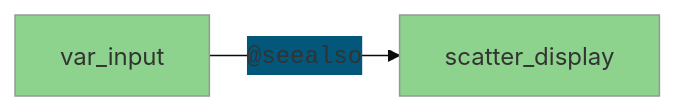
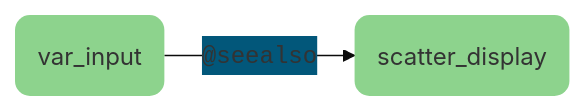
One commit to mjfrigaard/shiny-app-pkgs changed the third of 5 diagrams in document.qmd. Above: the diagram before and after it, drawn with Mermaid. The commit also changed other lines of this file and 196 other files, not shown here.

````diff
--- a/document.qmd
+++ b/document.qmd
@@ -600,8 +600,11 @@
 ```{mermaid}
 %%| fig-width: 6.5
 %%| fig-align: center
 %%| fig-cap: '`seealso` connecting documentation'
-%%{init: {'theme': 'base', 'themeVariables': { 'fontFamily': 'Inconsolata', 'primaryColor': '#8dd38d', 'edgeLabelBackground':'#02577A'}}}%%
+%%{init: {'theme': 'base', 'themeVariables': { 'fontFamily': 'Inconsolata', 'primaryColor': '#33a02c', 'edgeLabelBackground':'#02577A'}}}%%
 flowchart LR
-    var_input["var_input"] -->|"<code>@seealso</code>"| scatter_display["scatter_display"]
+    var_input("var_input") -->|"<code>@seealso</code>"| scatter_display("scatter_display")
+    
+  style var_input fill:#8dd38d,stroke:none,rx:10,ry:10;
+  style scatter_display fill:#8dd38d,stroke:none,rx:10,ry:10;
 ```
````
